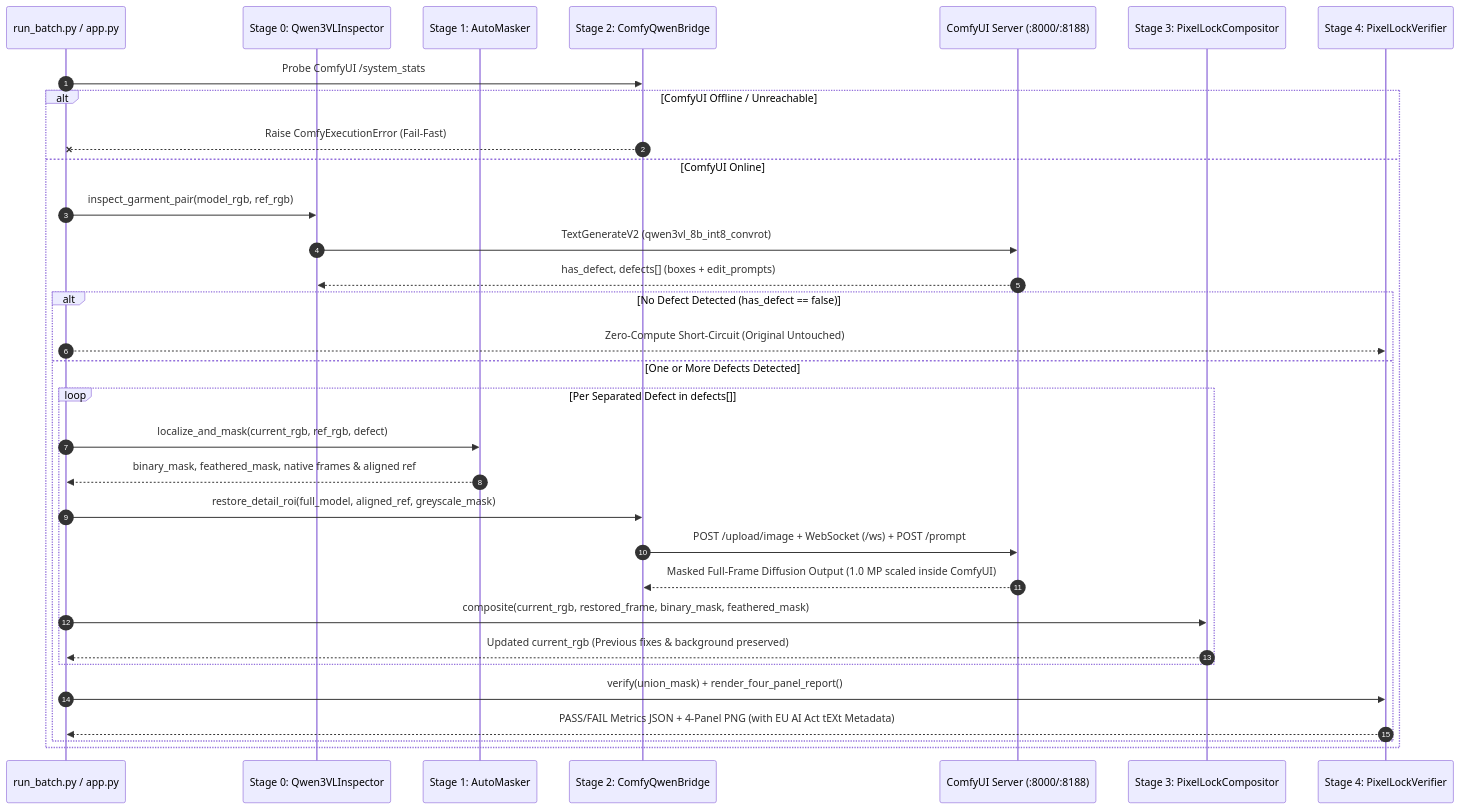
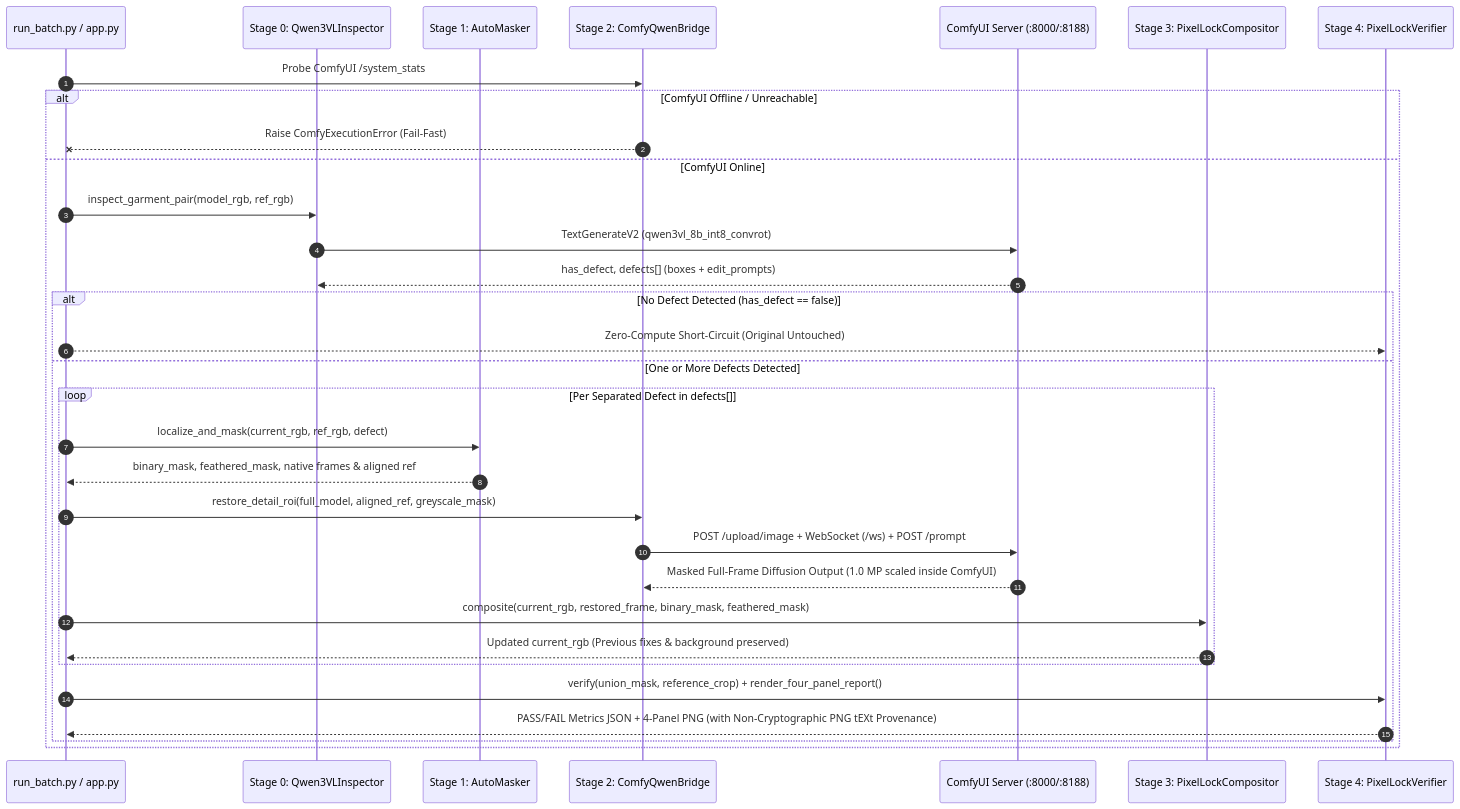
One commit to DanAzanza/StitchLock changed the diagram in README.md. Above: the diagram before and after it, drawn with Mermaid. The commit also changed other lines of this file and 2 other files, not shown here.

First line of the commit message:
[docs] Align README, architecture and PROJECT

````diff
--- a/README.md
+++ b/README.md
@@ -65,35 +65,35 @@
 ```mermaid
 sequenceDiagram
     autonumber
     participant CLI as run_batch.py / app.py
     participant VLM as Stage 0: Qwen3VLInspector
     participant Masker as Stage 1: AutoMasker
     participant Bridge as Stage 2: ComfyQwenBridge
     participant Comfy as ComfyUI Server (:8000/:8188)
     participant Comp as Stage 3: PixelLockCompositor
     participant Verifier as Stage 4: PixelLockVerifier
 
     CLI->>Bridge: Probe ComfyUI /system_stats
     alt ComfyUI Offline / Unreachable
         Bridge--xCLI: Raise ComfyExecutionError (Fail-Fast)
     else ComfyUI Online
         CLI->>VLM: inspect_garment_pair(model_rgb, ref_rgb)
         VLM->>Comfy: TextGenerateV2 (qwen3vl_8b_int8_convrot)
         Comfy-->>VLM: has_defect, defects[] (boxes + edit_prompts)
         alt No Defect Detected (has_defect == false)
             CLI-->>Verifier: Zero-Compute Short-Circuit (Original Untouched)
         else One or More Defects Detected
             loop Per Separated Defect in defects[]
                 CLI->>Masker: localize_and_mask(current_rgb, ref_rgb, defect)
                 Masker-->>CLI: binary_mask, feathered_mask, native frames & aligned ref
                 CLI->>Bridge: restore_detail_roi(full_model, aligned_ref, greyscale_mask)
                 Bridge->>Comfy: POST /upload/image + WebSocket (/ws) + POST /prompt
                 Comfy-->>Bridge: Masked Full-Frame Diffusion Output (1.0 MP scaled inside ComfyUI)
                 CLI->>Comp: composite(current_rgb, restored_frame, binary_mask, feathered_mask)
                 Comp-->>CLI: Updated current_rgb (Previous fixes & background preserved)
             end
-            CLI->>Verifier: verify(union_mask) + render_four_panel_report()
-            Verifier-->>CLI: PASS/FAIL Metrics JSON + 4-Panel PNG (with EU AI Act tEXt Metadata)
+            CLI->>Verifier: verify(union_mask, reference_crop) + render_four_panel_report()
+            Verifier-->>CLI: PASS/FAIL Metrics JSON + 4-Panel PNG (with Non-Cryptographic PNG tEXt Provenance)
         end
     end
 ```
````
